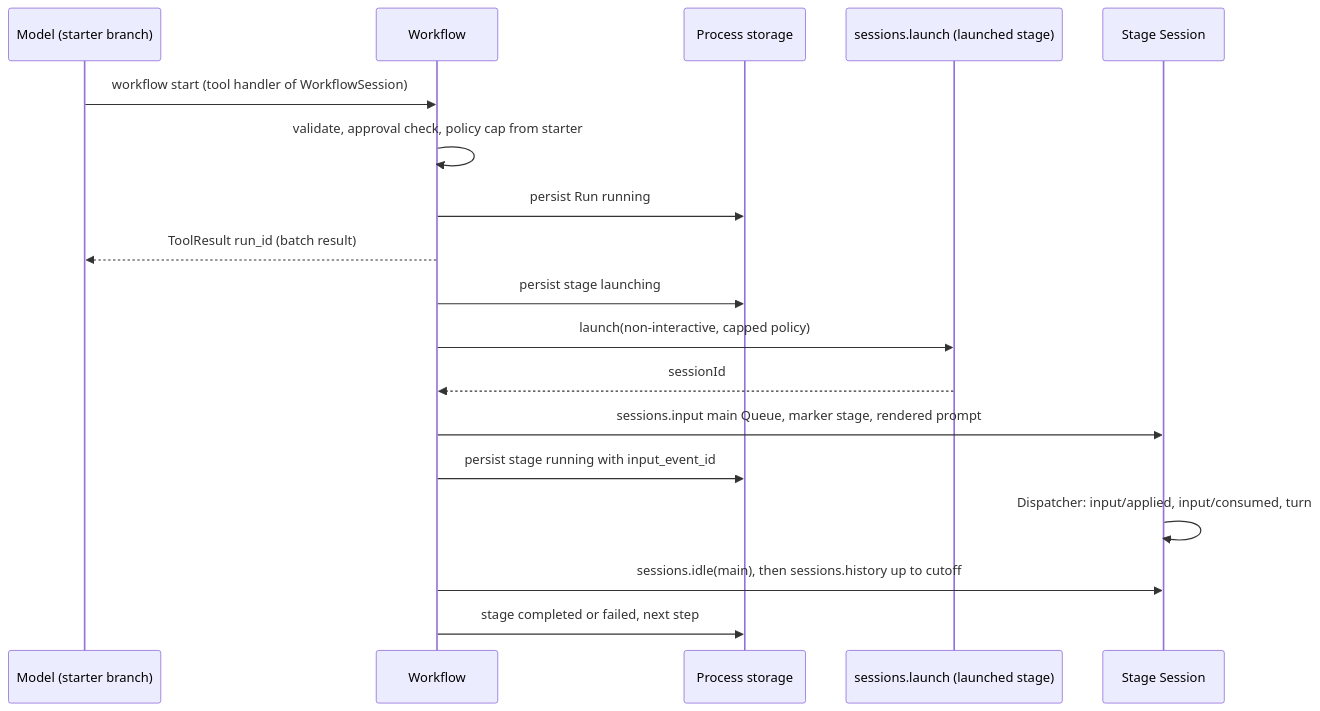
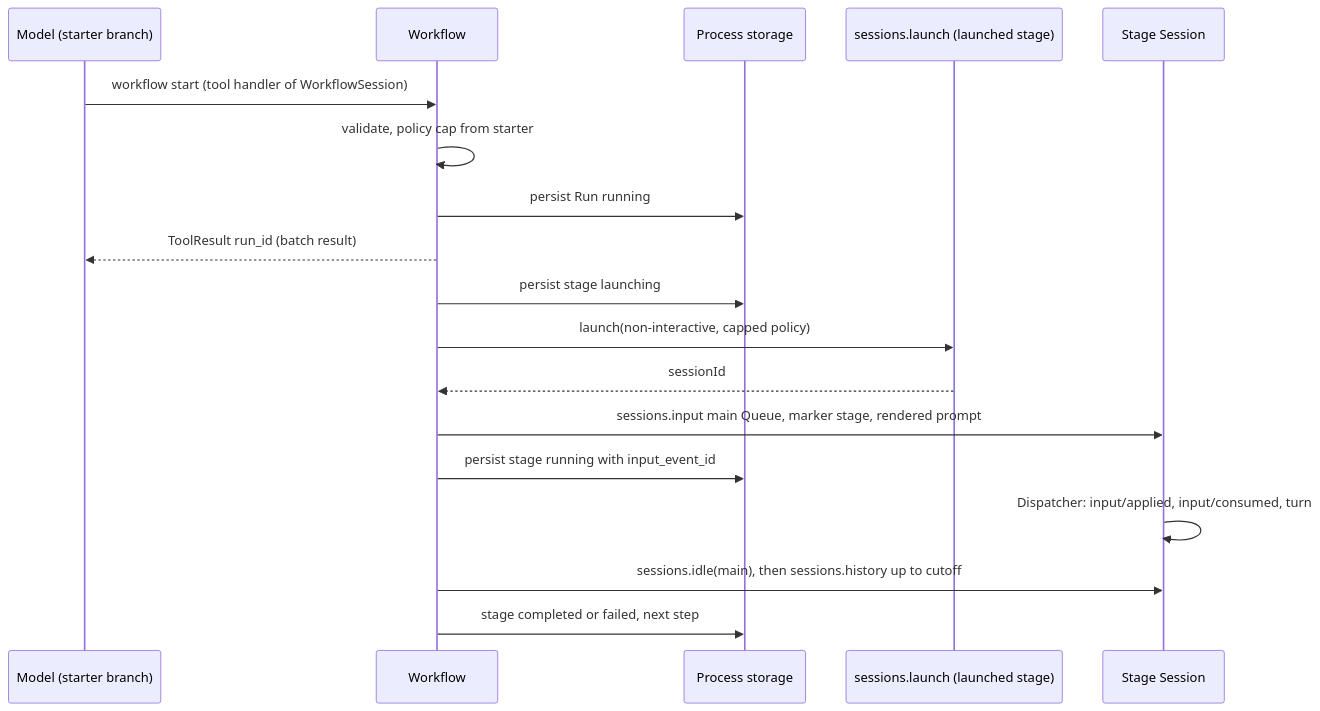
Before and after one commit to CoutinhoTTS/dim-agent: the third of 6 diagrams in docs/design/plugins/Workflow.md, drawn with Mermaid. The commit also changed other lines of this file and 40 other files, not shown here.

````diff
--- a/docs/design/plugins/Workflow.md
+++ b/docs/design/plugins/Workflow.md
@@ -96,20 +94,20 @@
 ```mermaid
 sequenceDiagram
   participant M as Model (starter branch)
   participant WF as Workflow
   participant ST as Process storage
   participant AG as sessions.launch (launched stage)
   participant SS as Stage Session
   M->>WF: workflow start (tool handler of WorkflowSession)
-  WF->>WF: validate, approval check, policy cap from starter
+  WF->>WF: validate, policy cap from starter
   WF->>ST: persist Run running
   WF-->>M: ToolResult run_id (batch result)
   WF->>ST: persist stage launching
   WF->>AG: launch(non-interactive, capped policy)
   AG-->>WF: sessionId
   WF->>SS: sessions.input main Queue, marker stage, rendered prompt
   WF->>ST: persist stage running with input_event_id
   SS->>SS: Dispatcher: input/applied, input/consumed, turn
   WF->>SS: sessions.idle(main), then sessions.history up to cutoff
   WF->>ST: stage completed or failed, next step
 ```
````
